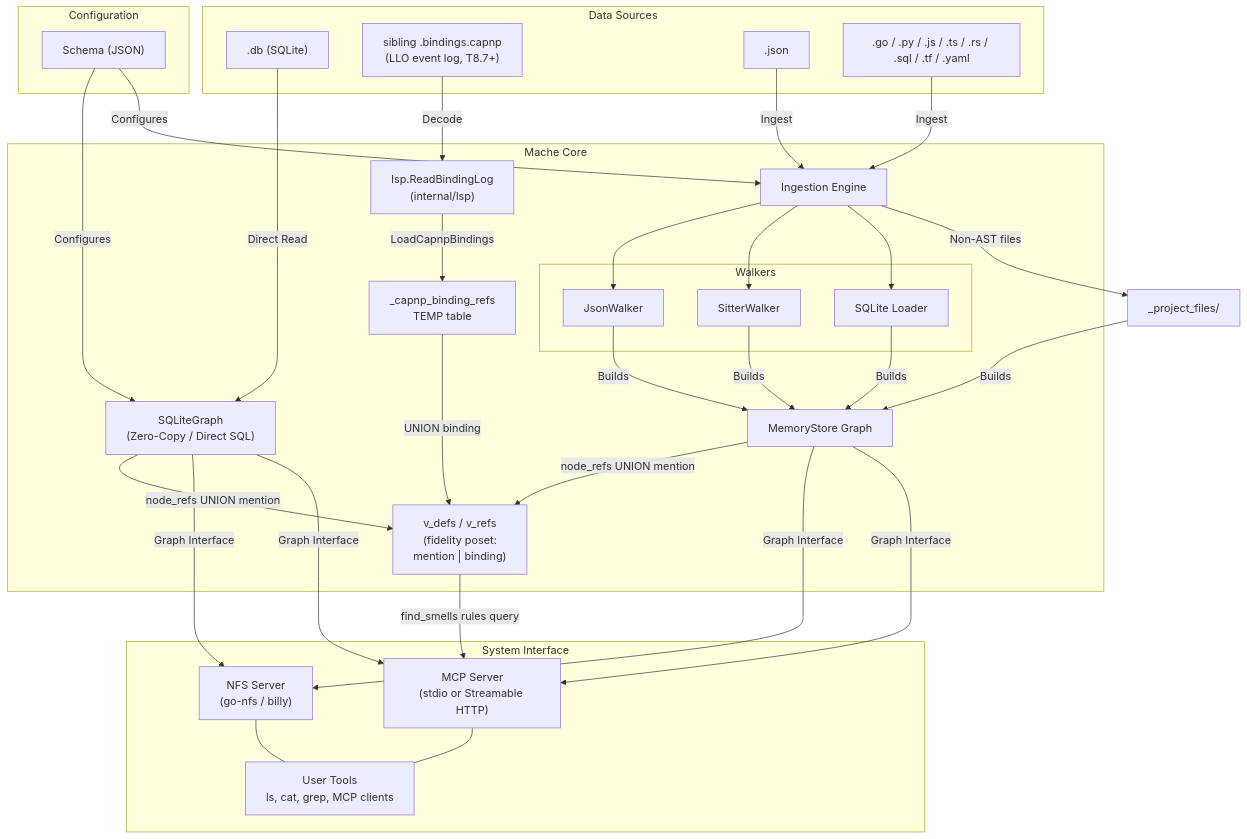
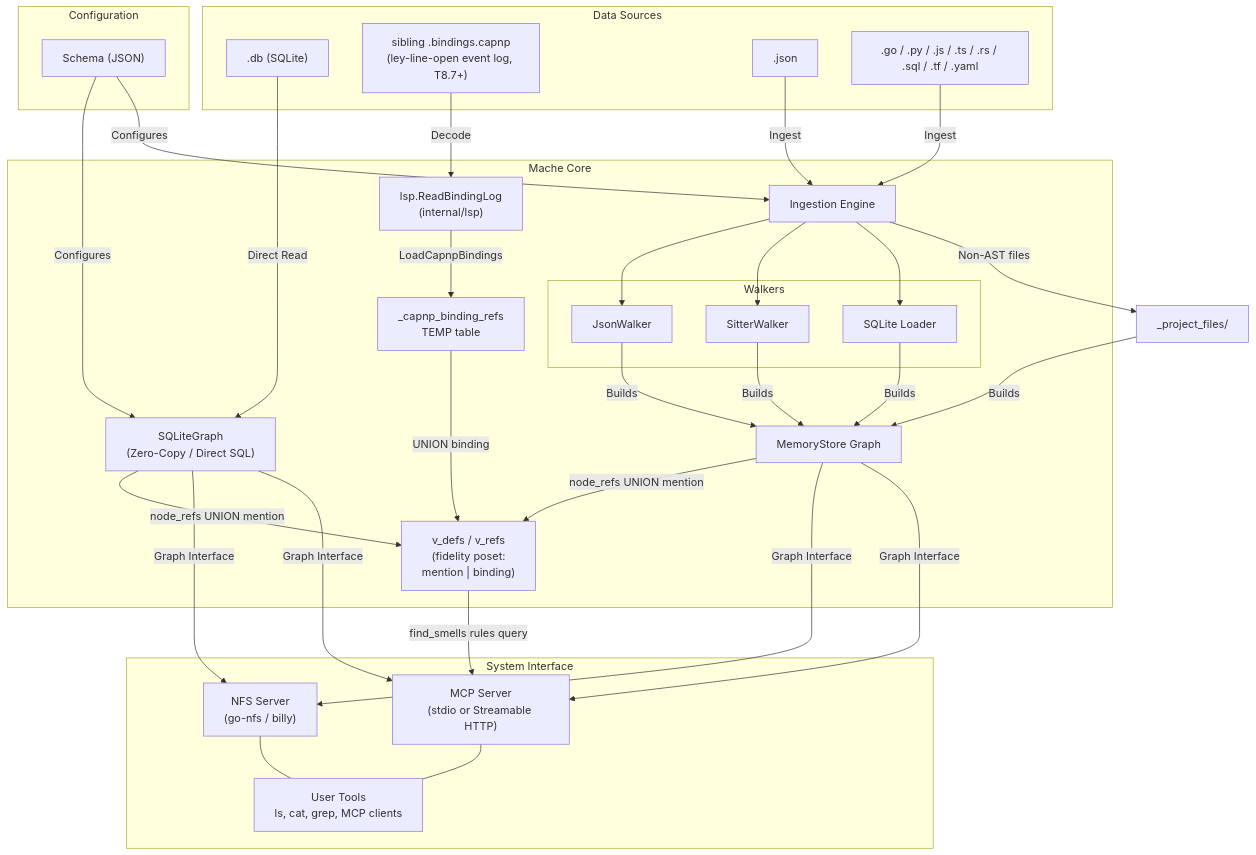
Before and after one commit to agentic-research/mache: the first of 2 diagrams in docs/ARCHITECTURE.md, drawn with Mermaid. The commit also changed other lines of this file and 6 other files, not shown here.

````diff
--- a/docs/ARCHITECTURE.md
+++ b/docs/ARCHITECTURE.md
@@ -16,68 +16,68 @@
 ```mermaid
 graph TD
     subgraph Configuration
         Schema["Schema (JSON)"]
     end
 
     subgraph "Data Sources"
         SQLiteFile[".db (SQLite)"]
-        BindingLog["sibling .bindings.capnp<br/>(LLO event log, T8.7+)"]
+        BindingLog["sibling .bindings.capnp<br/>(ley-line-open event log, T8.7+)"]
         FlatFile[".json"]
         SourceCode[".go / .py / .js / .ts / .rs / .sql / .tf / .yaml"]
     end
 
     subgraph "Mache Core"
         SQLiteGraph["SQLiteGraph<br/>(Zero-Copy / Direct SQL)"]
         Engine[Ingestion Engine]
 
         subgraph "Walkers"
             JW[JsonWalker]
             SW[SitterWalker]
             SL[SQLite Loader]
         end
 
         MemoryStore["MemoryStore Graph"]
 
         BindingReader["lsp.ReadBindingLog<br/>(internal/lsp)"]
         CapnpTemp["_capnp_binding_refs<br/>TEMP table"]
         CanonView["v_defs / v_refs<br/>(fidelity poset:<br/>mention | binding)"]
     end
 
     subgraph "System Interface"
         NFS["NFS Server<br/>(go-nfs / billy)"]
         MCP["MCP Server<br/>(stdio or Streamable HTTP)"]
         Tools["User Tools<br/>ls, cat, grep, MCP clients"]
     end
 
     Schema -->|Configures| SQLiteGraph
     Schema -->|Configures| Engine
 
     SQLiteFile -->|Direct Read| SQLiteGraph
     FlatFile -->|Ingest| Engine
     SourceCode -->|Ingest| Engine
 
     Engine --> JW
     Engine --> SW
     Engine --> SL
 
     JW -->|Builds| MemoryStore
     SW -->|Builds| MemoryStore
     SL -->|Builds| MemoryStore
     Engine -->|"Non-AST files"| ProjectFiles["_project_files/"]
     ProjectFiles -->|Builds| MemoryStore
 
     BindingLog -->|Decode| BindingReader
     BindingReader -->|LoadCapnpBindings| CapnpTemp
     CapnpTemp -->|UNION binding| CanonView
     SQLiteGraph -->|node_refs UNION mention| CanonView
     MemoryStore -->|node_refs UNION mention| CanonView
 
     SQLiteGraph -->|Graph Interface| NFS
     MemoryStore -->|Graph Interface| NFS
     SQLiteGraph -->|Graph Interface| MCP
     MemoryStore -->|Graph Interface| MCP
     CanonView -->|find_smells rules query| MCP
 
     NFS --- Tools
     MCP --- Tools
 ```
````
